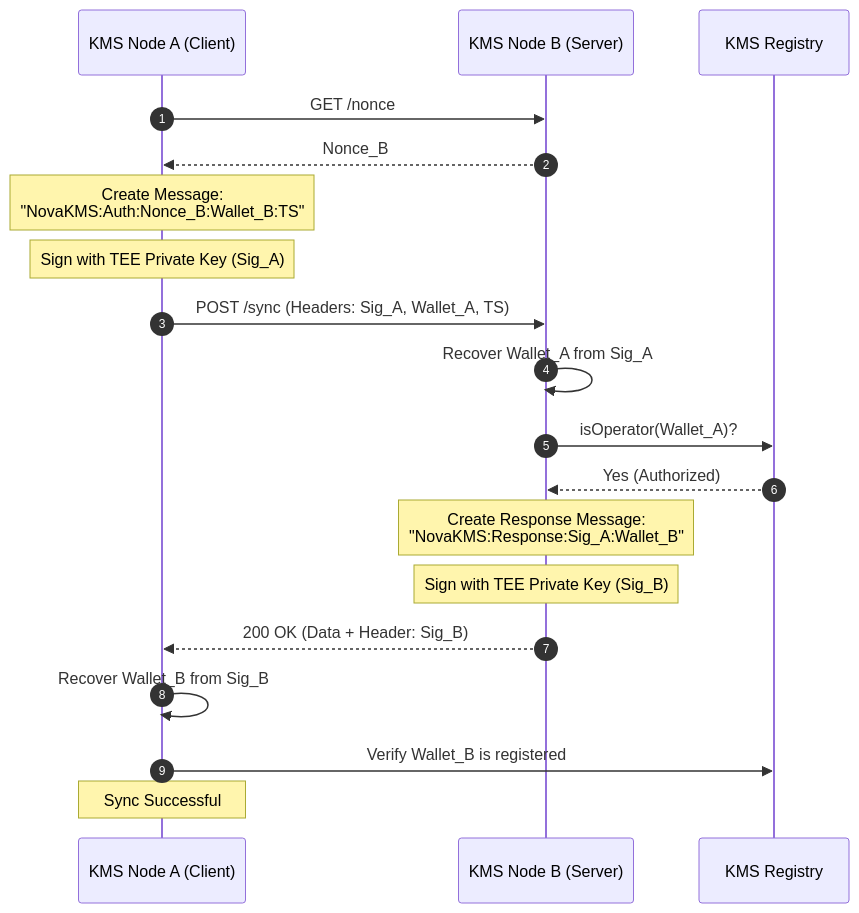
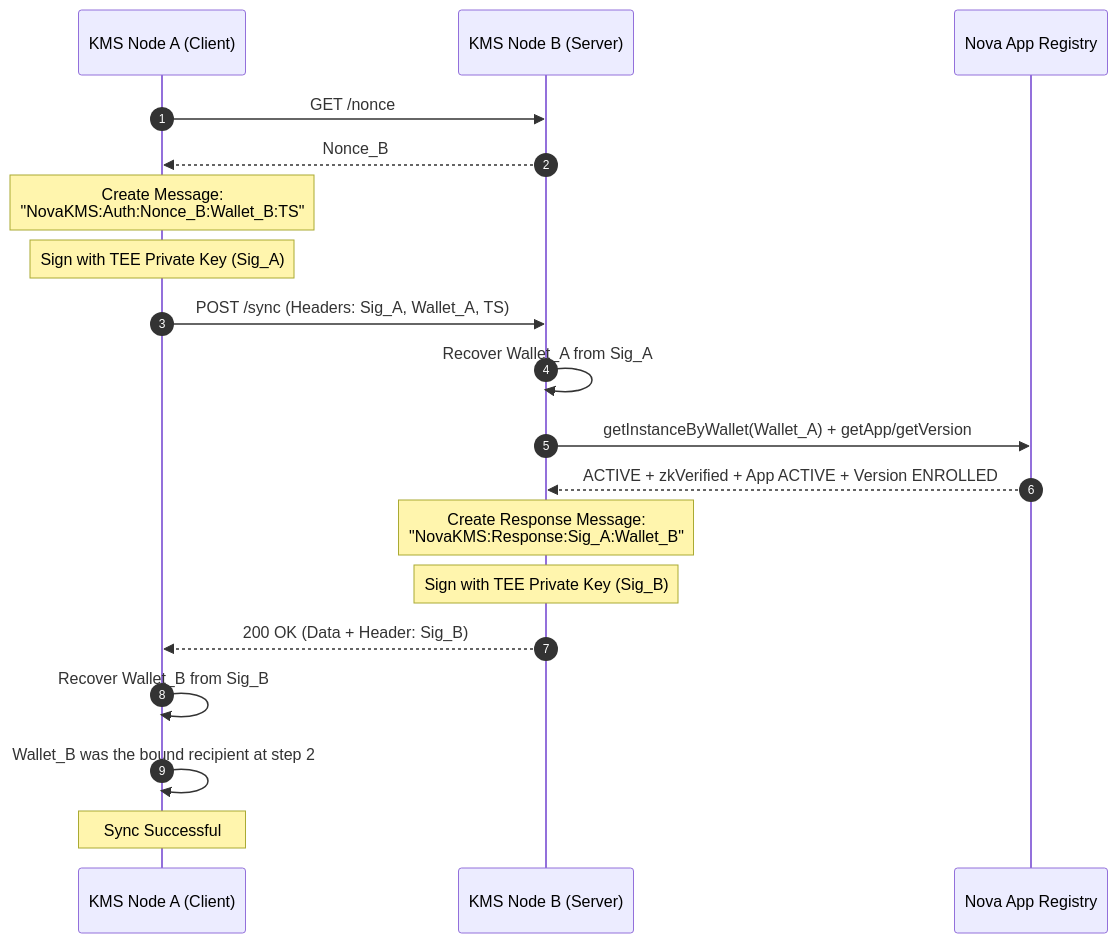
The fourth of 5 diagrams in docs/kms-core-workflows.md (sparsity-xyz/nova-kms), drawn with Mermaid before and after one commit. The commit also changed other lines of this file and 12 other files, not shown here.

````diff
--- a/docs/kms-core-workflows.md
+++ b/docs/kms-core-workflows.md
@@ -214,28 +222,28 @@
 ```mermaid
 sequenceDiagram
     autonumber
     participant A as KMS Node A (Client)
     participant B as KMS Node B (Server)
-    participant KMSReg as KMS Registry
+    participant AppReg as Nova App Registry
 
     A->>B: GET /nonce
     B-->>A: Nonce_B
     
     Note over A: Create Message:<br/>"NovaKMS:Auth:Nonce_B:Wallet_B:TS"
     Note over A: Sign with TEE Private Key (Sig_A)
     
     A->>B: POST /sync (Headers: Sig_A, Wallet_A, TS)
     
     B->>B: Recover Wallet_A from Sig_A
-    B->>KMSReg: isOperator(Wallet_A)?
-    KMSReg-->>B: Yes (Authorized)
+    B->>AppReg: getInstanceByWallet(Wallet_A) + getApp/getVersion
+    AppReg-->>B: ACTIVE + zkVerified + App ACTIVE + Version ENROLLED
     
     Note over B: Create Response Message:<br/>"NovaKMS:Response:Sig_A:Wallet_B"
     Note over B: Sign with TEE Private Key (Sig_B)
     
     B-->>A: 200 OK (Data + Header: Sig_B)
     
     A->>A: Recover Wallet_B from Sig_B
-    A->>KMSReg: Verify Wallet_B is registered
+    A->>A: Wallet_B was the bound recipient at step 2
     Note over A: Sync Successful
 ```
````
